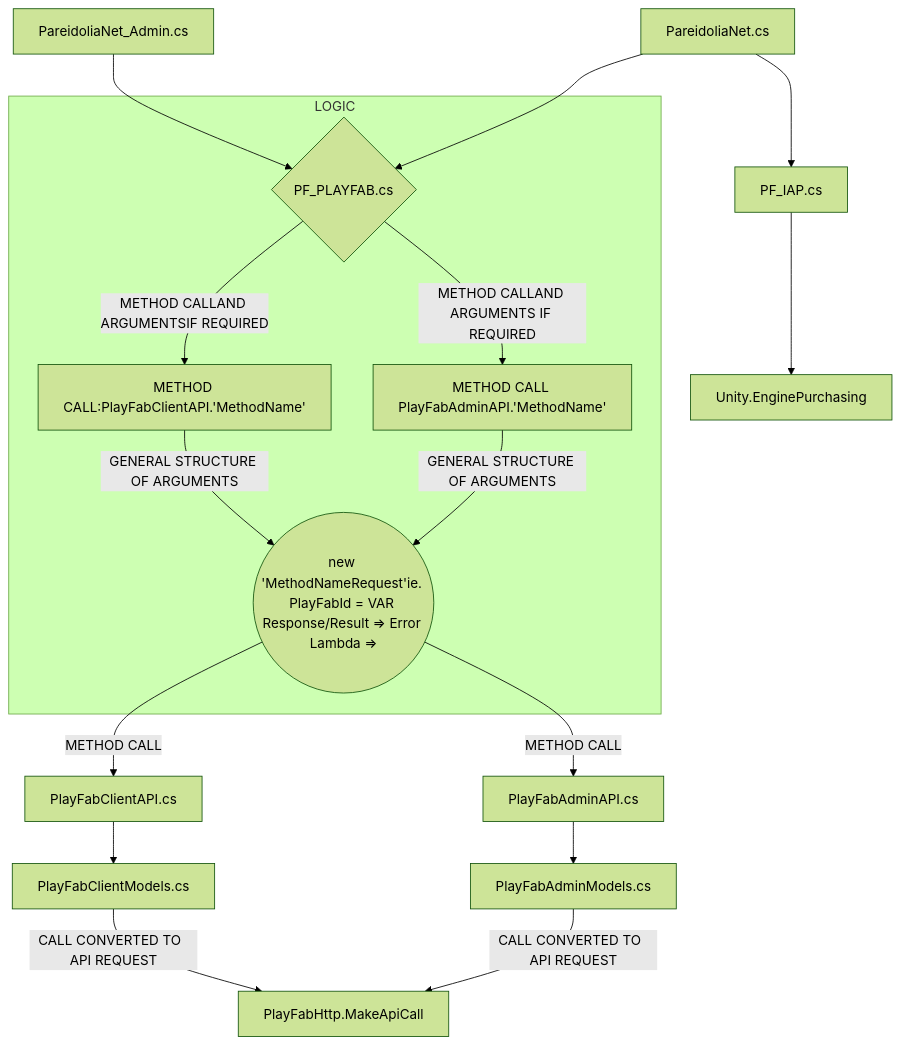
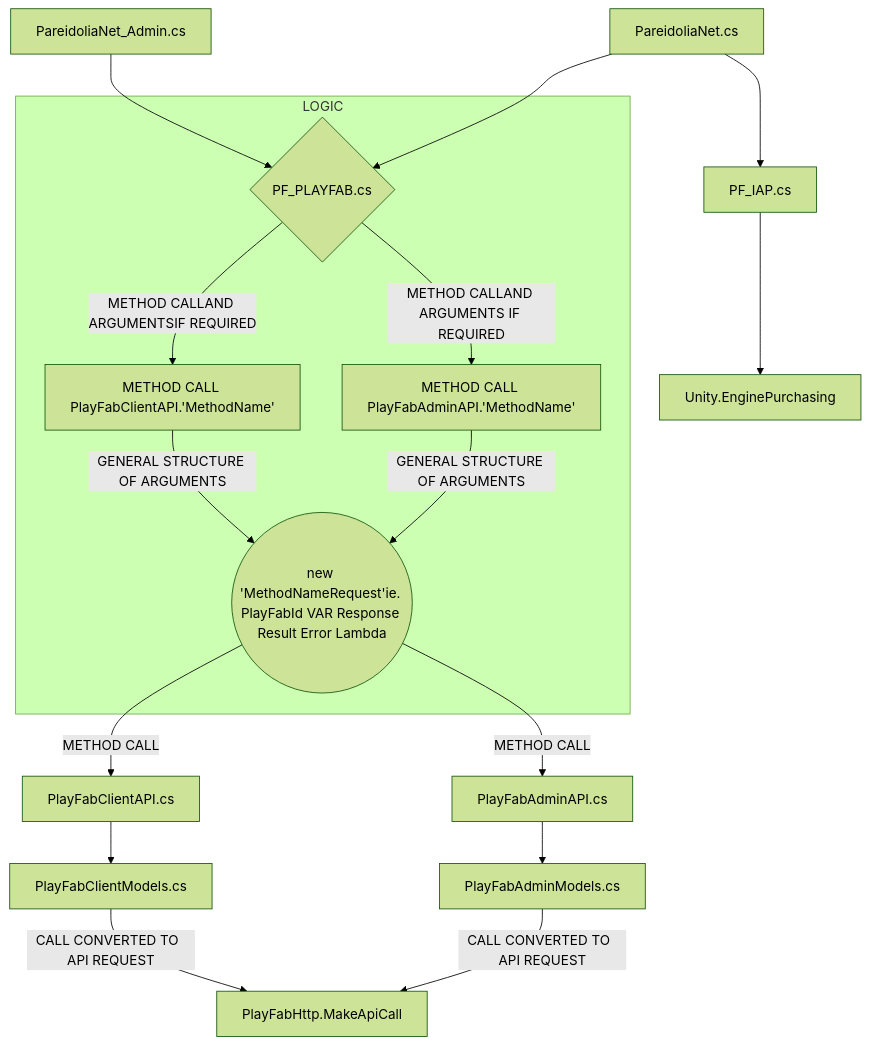
Before and after one commit to dconlrn/dconlrn.github.io: the third of 3 diagrams in merm.md, drawn with Mermaid (forest theme). The commit also changed other lines of this file, not shown here.

Commit message:
django dep update

```diff
--- a/merm.md
+++ b/merm.md
@@ -35,22 +35,22 @@
 <div class="mermaid"> 
 
 
 graph TD;
     A[PareidoliaNet.cs]-->B{PF_PLAYFAB.cs};
     A-->C[PF_IAP.cs];
     D[PareidoliaNet_Admin.cs]-->B;
     subgraph O[LOGIC];
     B-->|METHOD CALLAND ARGUMENTS IF REQUIRED|J[METHOD CALL PlayFabAdminAPI.'MethodName'];
-    J-->|GENERAL STRUCTURE OF ARGUMENTS|L((new 'MethodNameRequest'ie. PlayFabId = VAR Response/Result => Error Lambda =>));
-    B-->|METHOD CALLAND ARGUMENTSIF REQUIRED|K[METHOD CALL:PlayFabClientAPI.'MethodName'];
+    J-->|GENERAL STRUCTURE OF ARGUMENTS|L((new 'MethodNameRequest'ie. PlayFabId VAR Response Result Error Lambda));
+    B-->|METHOD CALLAND ARGUMENTSIF REQUIRED|K[METHOD CALL PlayFabClientAPI.'MethodName'];
     K-->|GENERAL STRUCTURE OF ARGUMENTS|L;
     end;
     L-->|METHOD CALL|E[PlayFabAdminAPI.cs];
     L-->|METHOD CALL|F[PlayFabClientAPI.cs];
     E[PlayFabAdminAPI.cs]-->G[PlayFabAdminModels.cs];
     F[PlayFabClientAPI.cs]-->H[PlayFabClientModels.cs];
     G-->|CALL CONVERTED TO  API REQUEST|g[PlayFabHttp.MakeApiCall];
     H-->|CALL CONVERTED TO  API REQUEST|g;
     C[PF_IAP.cs]-->I[Unity.EnginePurchasing];
 
 </div> 
```
